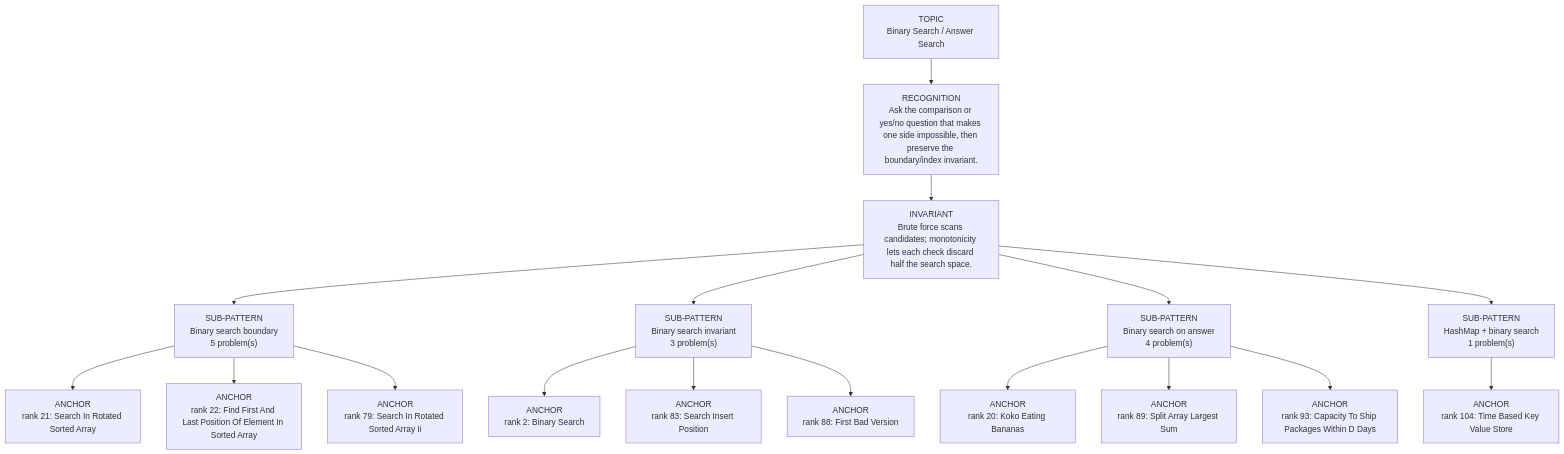
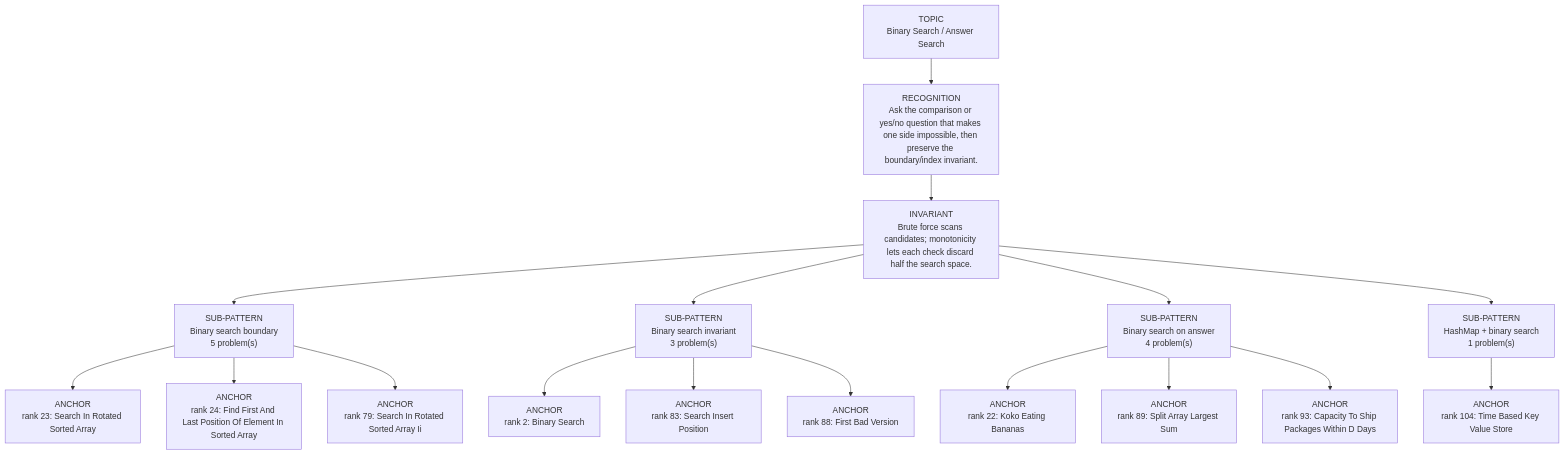
The diagram in dsa-review/interview/patterns/02_binary_search.md (thechiranjeevjain/DSA10days), drawn with Mermaid before and after one commit. The commit also changed other lines of this file and 36 other files, not shown here.

````diff
--- a/dsa-review/interview/patterns/02_binary_search.md
+++ b/dsa-review/interview/patterns/02_binary_search.md
@@ -15,21 +15,21 @@
 ```mermaid
 flowchart TD
   Topic["TOPIC<br/>Binary Search / Answer Search"]
   Recognition["RECOGNITION<br/>Ask the comparison or yes/no question that makes one side impossible, then preserve the boundary/index invariant."]
   Invariant["INVARIANT<br/>Brute force scans candidates; monotonicity lets each check discard half the search space."]
   Topic --> Recognition --> Invariant
   Invariant --> Sub01["SUB-PATTERN<br/>Binary search boundary<br/>5 problem(s)"]
-  Sub01 --> Sub01A01["ANCHOR<br/>rank 21: Search In Rotated Sorted Array"]
-  Sub01 --> Sub01A02["ANCHOR<br/>rank 22: Find First And Last Position Of Element In Sorted Array"]
+  Sub01 --> Sub01A01["ANCHOR<br/>rank 23: Search In Rotated Sorted Array"]
+  Sub01 --> Sub01A02["ANCHOR<br/>rank 24: Find First And Last Position Of Element In Sorted Array"]
   Sub01 --> Sub01A03["ANCHOR<br/>rank 79: Search In Rotated Sorted Array Ii"]
   Invariant --> Sub02["SUB-PATTERN<br/>Binary search invariant<br/>3 problem(s)"]
   Sub02 --> Sub02A01["ANCHOR<br/>rank 2: Binary Search"]
   Sub02 --> Sub02A02["ANCHOR<br/>rank 83: Search Insert Position"]
   Sub02 --> Sub02A03["ANCHOR<br/>rank 88: First Bad Version"]
   Invariant --> Sub03["SUB-PATTERN<br/>Binary search on answer<br/>4 problem(s)"]
-  Sub03 --> Sub03A01["ANCHOR<br/>rank 20: Koko Eating Bananas"]
+  Sub03 --> Sub03A01["ANCHOR<br/>rank 22: Koko Eating Bananas"]
   Sub03 --> Sub03A02["ANCHOR<br/>rank 89: Split Array Largest Sum"]
   Sub03 --> Sub03A03["ANCHOR<br/>rank 93: Capacity To Ship Packages Within D Days"]
   Invariant --> Sub04["SUB-PATTERN<br/>HashMap + binary search<br/>1 problem(s)"]
   Sub04 --> Sub04A01["ANCHOR<br/>rank 104: Time Based Key Value Store"]
 ```
````
